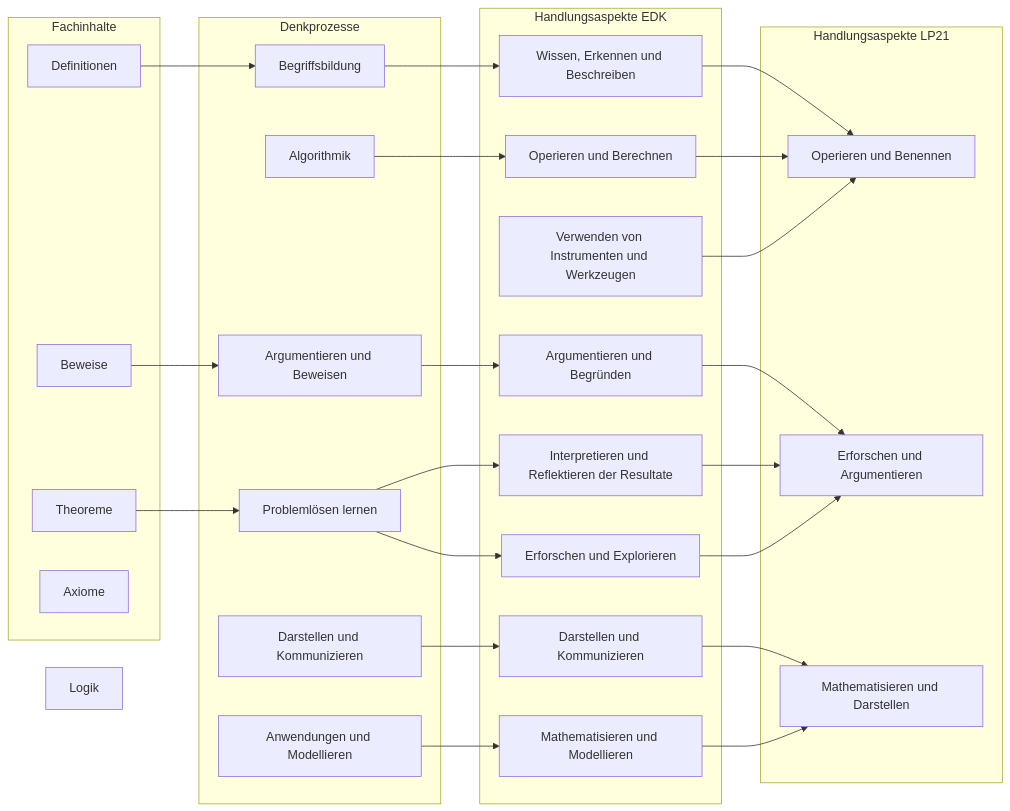
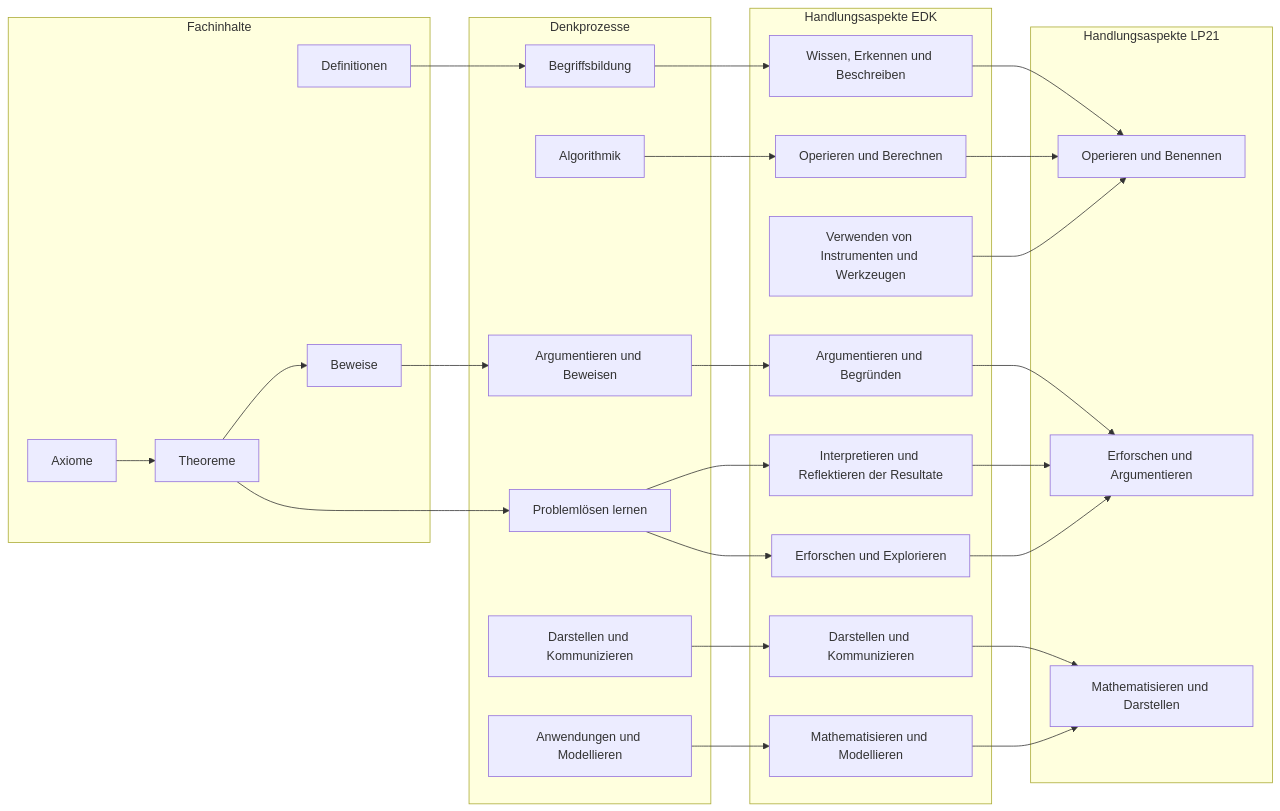
The second of 2 diagrams in lerngelegenheiten/LG_math_summative_praes/woche_03.qmd (PHBern-RConrardy/lerngelegenheiten), drawn with Mermaid before and after one commit. The commit also changed other lines of this file and 3 other files, not shown here.

````diff
--- a/lerngelegenheiten/LG_math_summative_praes/woche_03.qmd
+++ b/lerngelegenheiten/LG_math_summative_praes/woche_03.qmd
@@ -146,72 +148,72 @@
 ```{mermaid}
 %%| mermaid-format: png
 
 graph LR;
 m1[Theoreme];
 m2[Definitionen];
 m3[Beweise];
 m4[Axiome];
-m5[Logik];
 
 b1[Begriffsbildung];
 b2[Problemlösen lernen];
 b3[Algorithmik];
 b4[Argumentieren und Beweisen];
 b5[Anwendungen und Modellieren];
 b6[Darstellen und Kommunizieren];
 
 h1[Operieren und Benennen];
 h2[Erforschen und Argumentieren];
 h3[Mathematisieren und Darstellen];
 
 edk1[Wissen, Erkennen und Beschreiben];
 edk2[Operieren und Berechnen];
 edk3[Verwenden von Instrumenten und Werkzeugen];
 edk4[Darstellen und Kommunizieren];
 edk5[Mathematisieren und Modellieren];
 edk6[Argumentieren und Begründen];
 edk7[Interpretieren und Reflektieren der Resultate];
 edk8[Erforschen und Explorieren];
 
 m2-->b1-->edk1-->h1;
 b6-->edk4-->h3;
 m3-->b4-->edk6-->h2;
 b3-->edk2-->h1;
 m1-->b2-->edk7-->h2;
 b5-->edk5-->h3;
 edk8-->h2;
 edk3-->h1;
 b2-->edk8;
+m4-->m1-->m3;
 
 subgraph Fachinhalte
   m1;
   m2;
   m3;
   m4;
 end
 
 subgraph Denkprozesse
   b1;
   b2;
   b3;
   b4;
   b5;
   b6;
 end
 subgraph Handlungsaspekte EDK
   edk1;
   edk2;
   edk3;
   edk4;
   edk5;
   edk6;
   edk7;
   edk8;
 end
 subgraph Handlungsaspekte LP21
   h1;
   h2;
   h3;
 end
 
 ```
````
